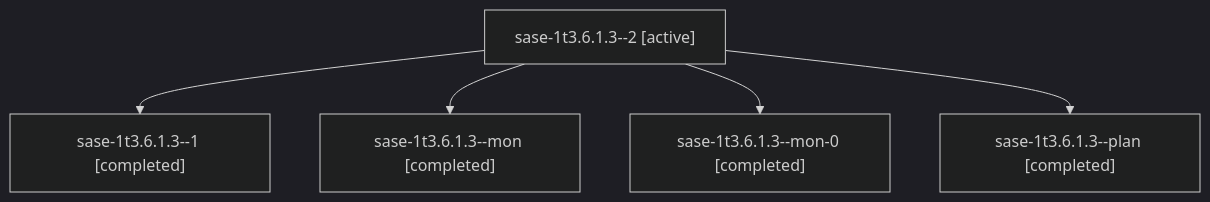
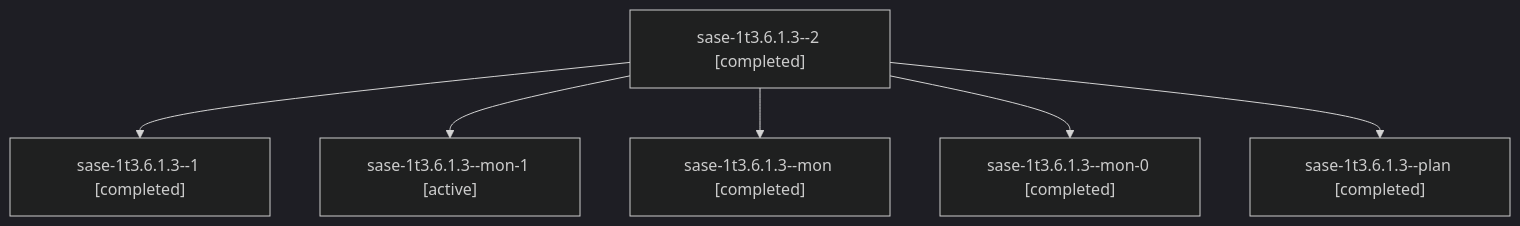
Before and after one commit to sase-org/sase--agents: the diagram in sessions/bbugyi200.athena.sase-1t3.6.1.3.md, drawn with Mermaid (dark theme). The commit also changed other lines of this file and 84 other files, not shown here.

````diff
--- a/sessions/bbugyi200.athena.sase-1t3.6.1.3.md
+++ b/sessions/bbugyi200.athena.sase-1t3.6.1.3.md
@@ -9,12 +9,14 @@
 ```mermaid
 flowchart TD
-  n0["sase-1t3.6.1.3--2 [active]"]
+  n0["sase-1t3.6.1.3--2 [completed]"]
   n1["sase-1t3.6.1.3--1 [completed]"]
   n0 --> n1
-  n2["sase-1t3.6.1.3--mon [completed]"]
+  n2["sase-1t3.6.1.3--mon-1 [active]"]
   n0 --> n2
-  n3["sase-1t3.6.1.3--mon-0 [completed]"]
+  n3["sase-1t3.6.1.3--mon [completed]"]
   n0 --> n3
-  n4["sase-1t3.6.1.3--plan [completed]"]
+  n4["sase-1t3.6.1.3--mon-0 [completed]"]
   n0 --> n4
+  n5["sase-1t3.6.1.3--plan [completed]"]
+  n0 --> n5
 ```
````
